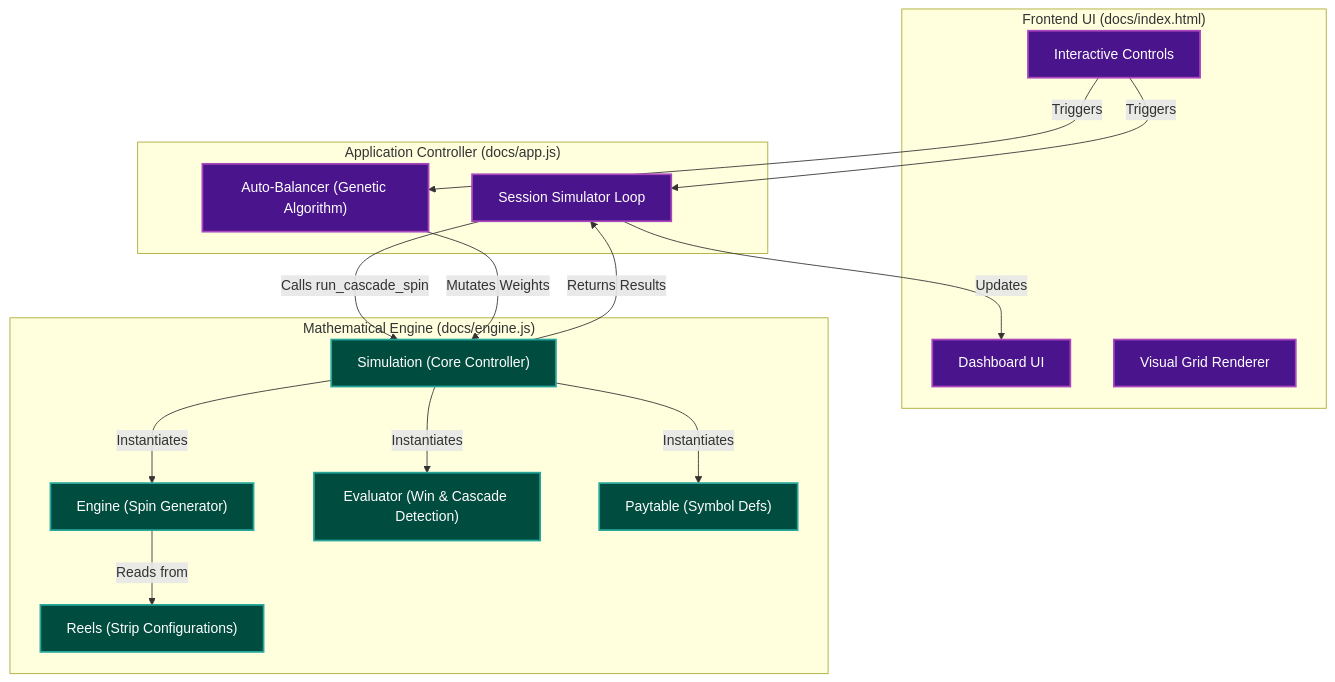
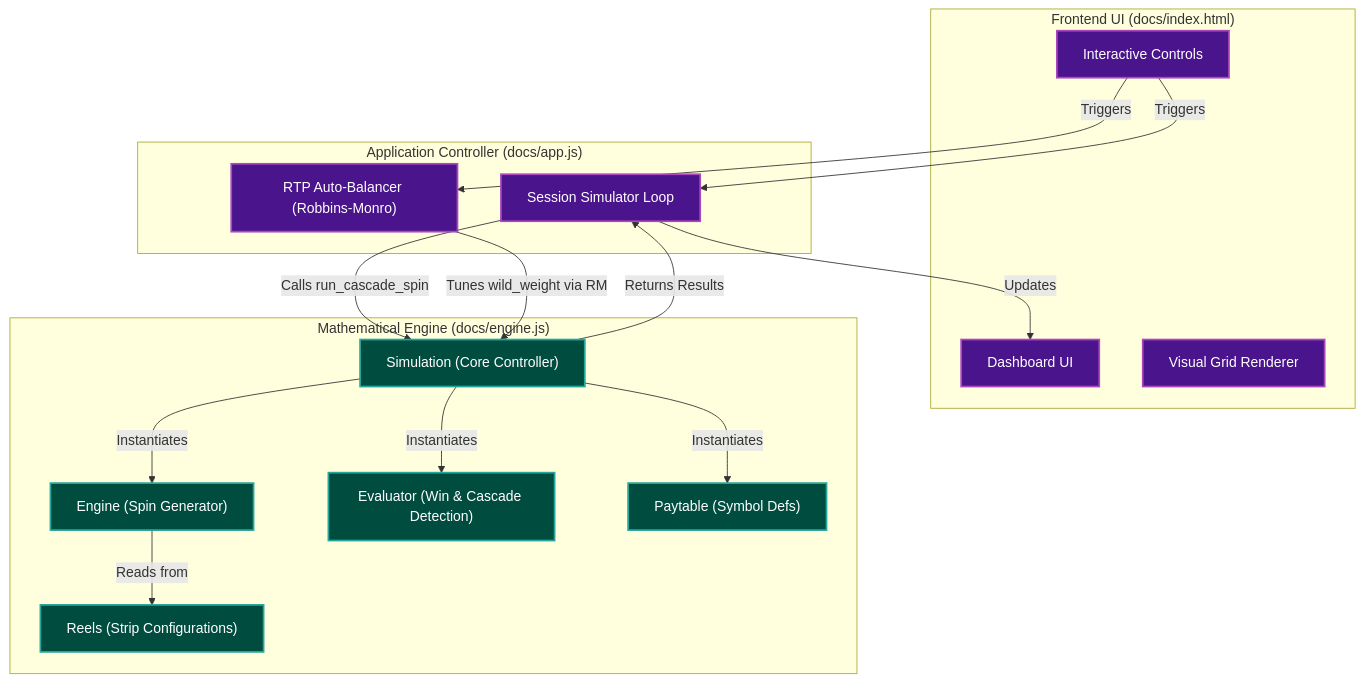
One commit to Doublew08/slot-simulation-engine changed the diagram in README.md. Above: the diagram before and after it, drawn with Mermaid. The commit also changed other lines of this file and 3 other files, not shown here.

````diff
--- a/README.md
+++ b/README.md
@@ -77,37 +79,37 @@
 ```mermaid
 graph TD
     classDef ui fill:#4a148c,stroke:#ab47bc,stroke-width:2px,color:#fff;
     classDef engine fill:#004d40,stroke:#26a69a,stroke-width:2px,color:#fff;
     classDef data fill:#b71c1c,stroke:#ef5350,stroke-width:2px,color:#fff;
 
     subgraph Frontend ["Frontend UI (docs/index.html)"]
         UI_Dashboard["Dashboard UI"]:::ui
         UI_Controls["Interactive Controls"]:::ui
         UI_Grid["Visual Grid Renderer"]:::ui
     end
 
     subgraph AppJS ["Application Controller (docs/app.js)"]
         APP_Loop["Session Simulator Loop"]:::ui
-        APP_Balancer["Auto-Balancer (Genetic Algorithm)"]:::ui
+        APP_Balancer["RTP Auto-Balancer (Robbins-Monro)"]:::ui
     end
 
     subgraph EngineJS ["Mathematical Engine (docs/engine.js)"]
         SIM["Simulation (Core Controller)"]:::engine
         ENG["Engine (Spin Generator)"]:::engine
         EVAL["Evaluator (Win & Cascade Detection)"]:::engine
         PAY["Paytable (Symbol Defs)"]:::data
         REEL["Reels (Strip Configurations)"]:::data
     end
 
     UI_Controls -->|Triggers| APP_Loop
     UI_Controls -->|Triggers| APP_Balancer
     APP_Loop -->|Calls run_cascade_spin| SIM
-    APP_Balancer -->|Mutates Weights| SIM
+    APP_Balancer -->|Tunes wild_weight via RM| SIM
     SIM -->|Returns Results| APP_Loop
     SIM -->|Instantiates| ENG
     SIM -->|Instantiates| EVAL
     SIM -->|Instantiates| PAY
     ENG -->|Reads from| REEL
     APP_Loop -->|Updates| UI_Dashboard
     class SIM,ENG,EVAL,PAY,REEL engine;
 ```
````
